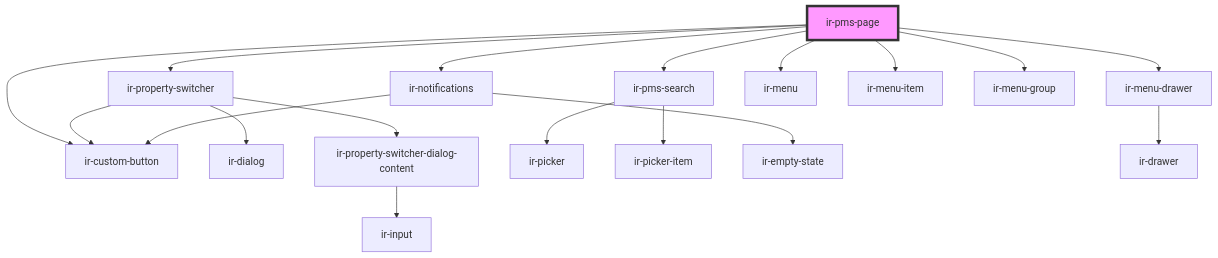
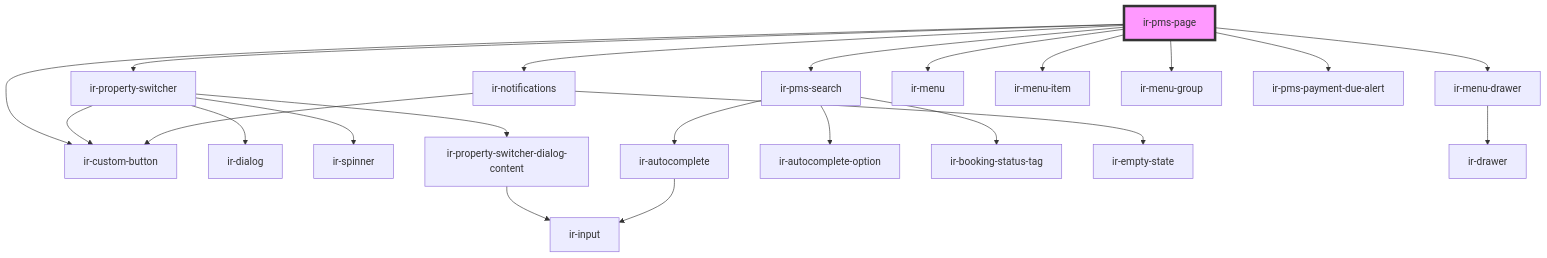
One commit to RonyRizk/ir-webcmp changed the diagram in src/components/pms-header/ir-pms-page/readme.md. Above: the diagram before and after it, drawn with Mermaid. The commit also changed other lines of this file and 57 other files, not shown here.

````diff
--- a/src/components/pms-header/ir-pms-page/readme.md
+++ b/src/components/pms-header/ir-pms-page/readme.md
@@ -30,21 +31,25 @@
 ```mermaid
 graph TD;
   ir-pms-page --> ir-custom-button
   ir-pms-page --> ir-property-switcher
   ir-pms-page --> ir-pms-search
   ir-pms-page --> ir-notifications
   ir-pms-page --> ir-menu-drawer
   ir-pms-page --> ir-menu
   ir-pms-page --> ir-menu-item
   ir-pms-page --> ir-menu-group
+  ir-pms-page --> ir-pms-payment-due-alert
   ir-property-switcher --> ir-custom-button
   ir-property-switcher --> ir-dialog
+  ir-property-switcher --> ir-spinner
   ir-property-switcher --> ir-property-switcher-dialog-content
   ir-property-switcher-dialog-content --> ir-input
-  ir-pms-search --> ir-picker
-  ir-pms-search --> ir-picker-item
+  ir-pms-search --> ir-autocomplete
+  ir-pms-search --> ir-autocomplete-option
+  ir-pms-search --> ir-booking-status-tag
+  ir-autocomplete --> ir-input
   ir-notifications --> ir-custom-button
   ir-notifications --> ir-empty-state
   ir-menu-drawer --> ir-drawer
   style ir-pms-page fill:#f9f,stroke:#333,stroke-width:4px
 ```
````
